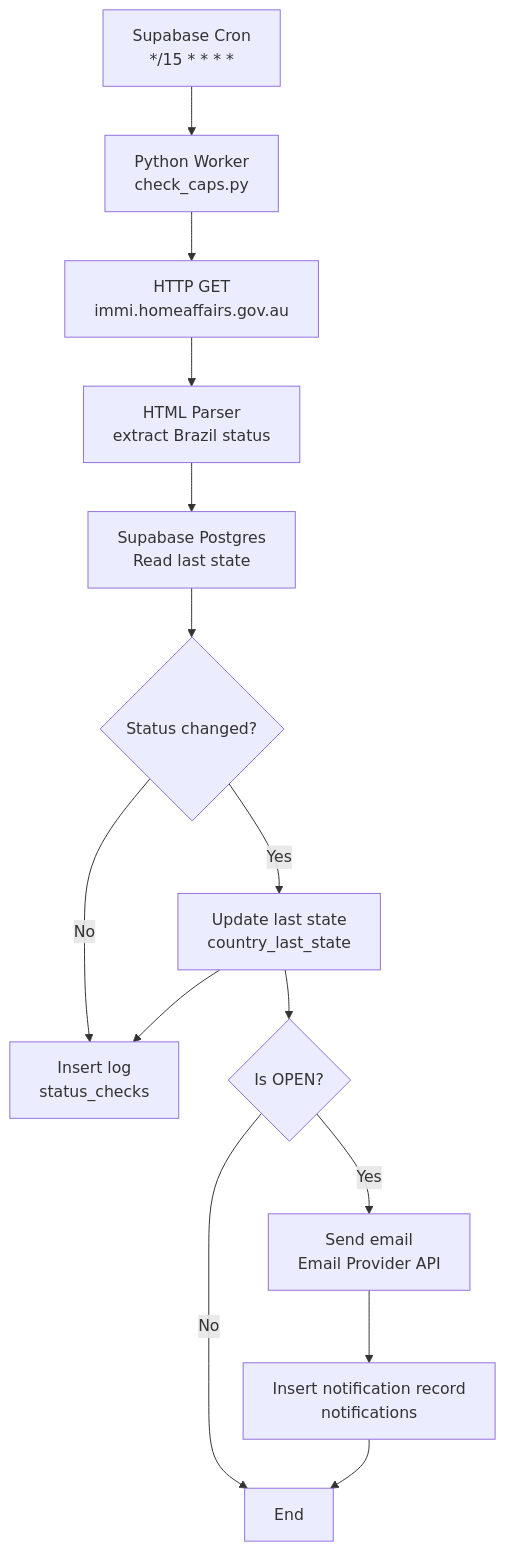
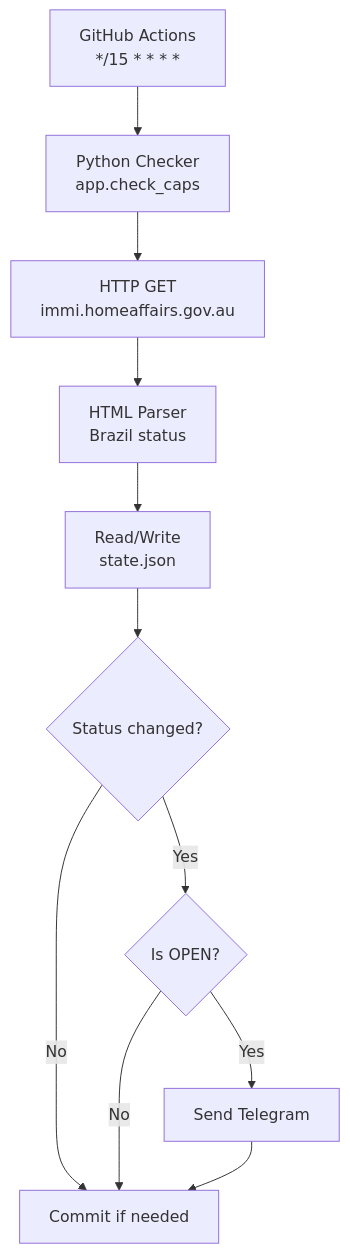
Before and after one commit to maria-eduarda-cagy/whv-checker: the diagram in README.md, drawn with Mermaid. The commit also changed other lines of this file and 1 other file, not shown here.

Commit message:
docs(readme): documentar uso via GitHub Actions e Telegram

````diff
--- a/README.md
+++ b/README.md
@@ -60,16 +77,13 @@
 ```mermaid
 flowchart TD
-  A[Supabase Cron<br/>*/15 * * * *] --> B[Python Worker<br/>check_caps.py]
+  A[GitHub Actions<br/>*/15 * * * *] --> B[Python Checker<br/>app.check_caps]
   B --> C[HTTP GET<br/>immi.homeaffairs.gov.au]
-  C --> D[HTML Parser<br/>extract Brazil status]
-  D --> E[Supabase Postgres<br/>Read last state]
+  C --> D[HTML Parser<br/>Brazil status]
+  D --> E[Read/Write<br/>state.json]
   E --> F{Status changed?}
-  F -- No --> G[Insert log<br/>status_checks]
-  F -- Yes --> H[Update last state<br/>country_last_state]
-  H --> G
-  H --> I{Is OPEN?}
-  I -- No --> J[End]
-  I -- Yes --> K[Send email<br/>Email Provider API]
-  K --> L[Insert notification record<br/>notifications]
-  L --> J
+  F -- No --> G[Commit if needed]
+  F -- Yes --> H{Is OPEN?}
+  H -- No --> G
+  H -- Yes --> I[Send Telegram]
+  I --> G
 ```
````
